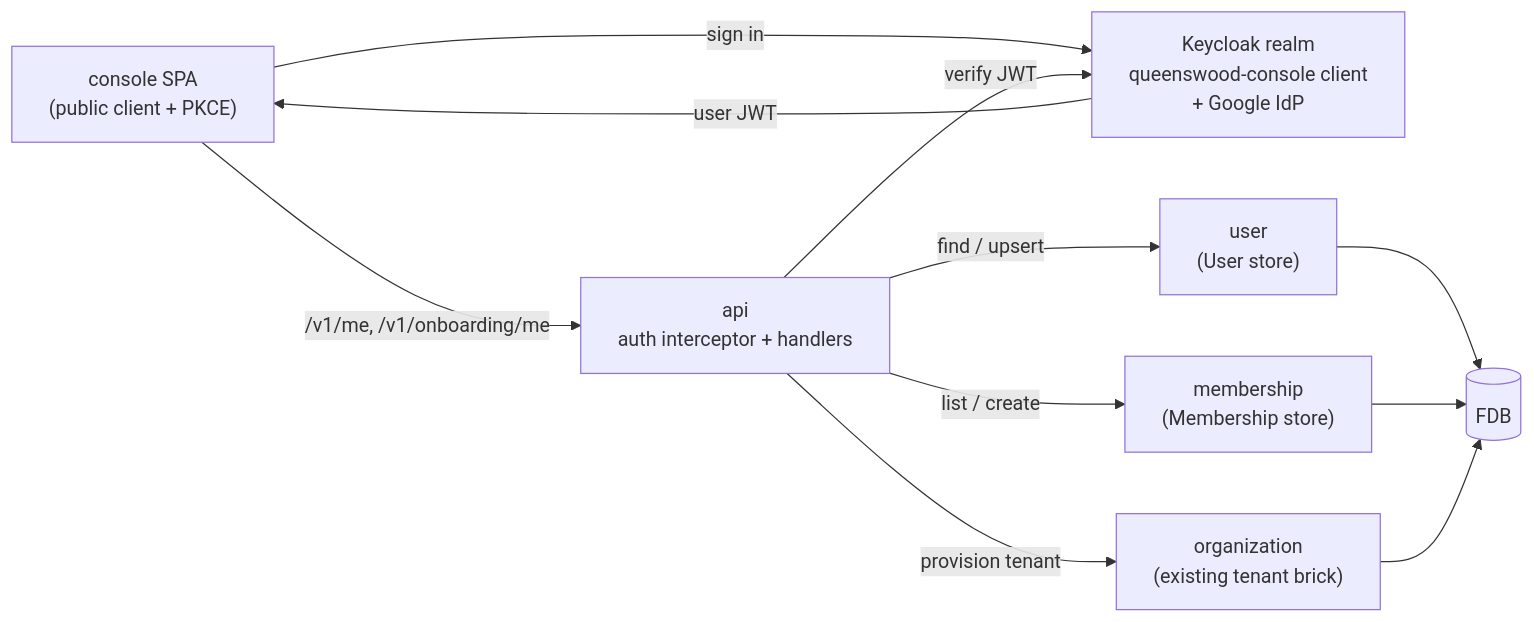
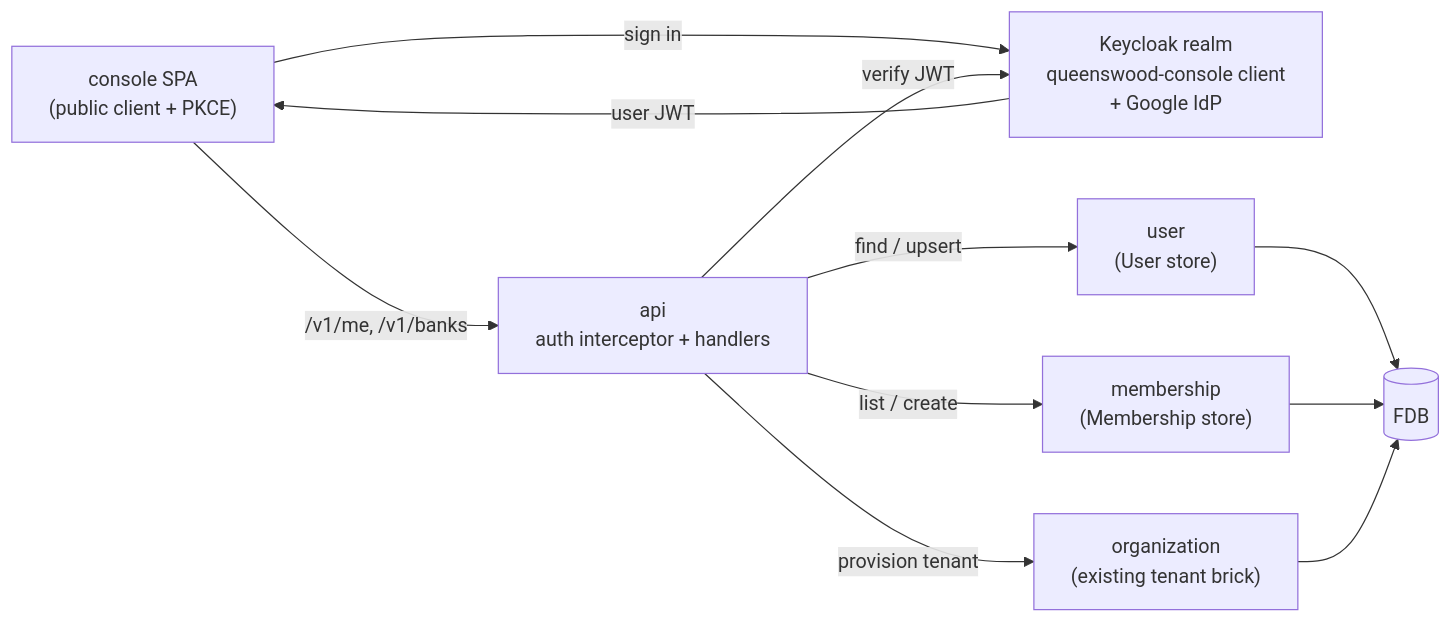
One commit to repldriven/queenswood changed the diagram in docs/tdd/onboarding.md. Above: the diagram before and after it, drawn with Mermaid. The commit also changed other lines of this file and 115 other files, not shown here.

````diff
--- a/docs/tdd/onboarding.md
+++ b/docs/tdd/onboarding.md
@@ -69,21 +69,21 @@
 ```mermaid
 graph LR
     SPA["console SPA<br/>(public client + PKCE)"]
     KC["Keycloak realm<br/>queenswood-console client<br/>+ Google IdP"]
     API["api<br/>auth interceptor + handlers"]
     BU["user<br/>(User store)"]
     BM["membership<br/>(Membership store)"]
     BO["organization<br/>(existing tenant brick)"]
     FDB[("FDB")]
 
     SPA -->|sign in| KC
     KC -->|user JWT| SPA
-    SPA -->|/v1/me, /v1/onboarding/me| API
+    SPA -->|/v1/me, /v1/banks| API
     API -->|verify JWT| KC
     API -->|find / upsert| BU
     API -->|list / create| BM
     API -->|provision tenant| BO
     BU --> FDB
     BM --> FDB
     BO --> FDB
 ```
````
